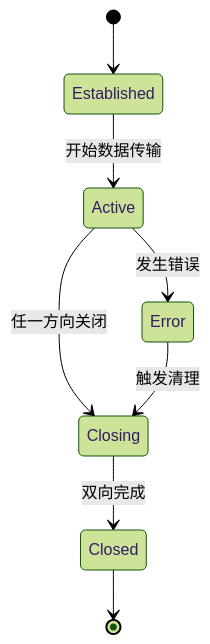
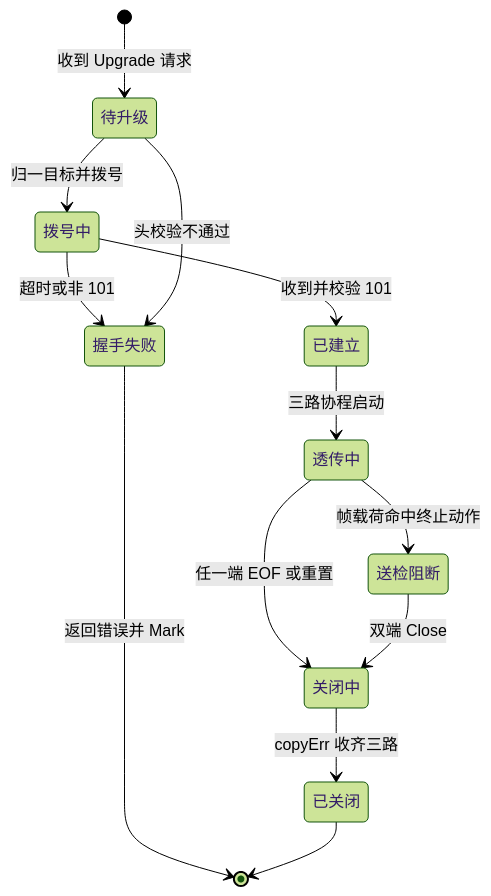
Before and after one commit to x01n/My-OpenWaf: the seventh of 11 diagrams in docs/数据平面处理/WebSocket 连接处理.md, drawn with Mermaid (forest theme). The commit also changed other lines of this file and 622 other files, not shown here.

````diff
--- a/docs/数据平面处理/WebSocket 连接处理.md
+++ b/docs/数据平面处理/WebSocket 连接处理.md
@@ -338,10 +367,15 @@
 ```mermaid
 stateDiagram-v2
-[*] --> Established
-Established --> Active : 开始数据传输
-Active --> Closing : 任一方向关闭
-Closing --> Closed : 双向完成
-Closed --> [*]
-Active --> Error : 发生错误
-Error --> Closing : 触发清理
+[*] --> 待升级 : 收到 Upgrade 请求
+待升级 --> 拨号中 : 归一目标并拨号
+拨号中 --> 握手失败 : 超时或非 101
+待升级 --> 握手失败 : 头校验不通过
+握手失败 --> [*] : 返回错误并 Mark
+拨号中 --> 已建立 : 收到并校验 101
+已建立 --> 透传中 : 三路协程启动
+透传中 --> 送检阻断 : 帧载荷命中终止动作
+透传中 --> 关闭中 : 任一端 EOF 或重置
+送检阻断 --> 关闭中 : 双端 Close
+关闭中 --> 已关闭 : copyErr 收齐三路
+已关闭 --> [*]
 ```
````
